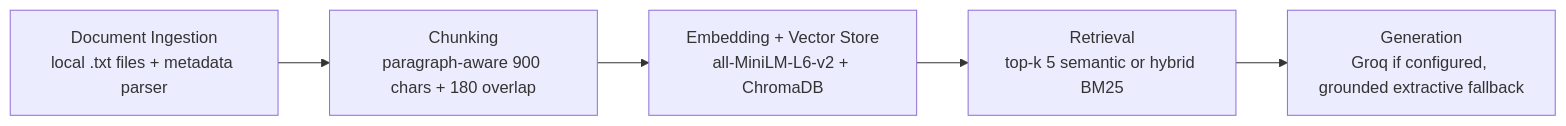
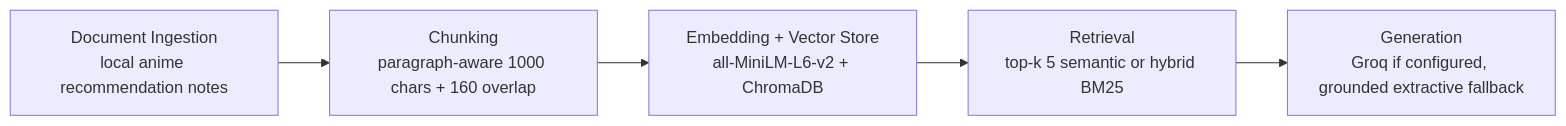
The diagram in planning.md (ompug/ai201-project1-unofficial-guide-starter), drawn with Mermaid before and after one commit. The commit also changed other lines of this file and 29 other files, not shown here.

````diff
--- a/planning.md
+++ b/planning.md
@@ -62,7 +62,7 @@
 ```mermaid
 flowchart LR
-    A["Document Ingestion<br/>local .txt files + metadata parser"] --> B["Chunking<br/>paragraph-aware 900 chars + 180 overlap"]
+    A["Document Ingestion<br/>local anime recommendation notes"] --> B["Chunking<br/>paragraph-aware 1000 chars + 160 overlap"]
     B --> C["Embedding + Vector Store<br/>all-MiniLM-L6-v2 + ChromaDB"]
     C --> D["Retrieval<br/>top-k 5 semantic or hybrid BM25"]
     D --> E["Generation<br/>Groq if configured, grounded extractive fallback"]
 ```
````
